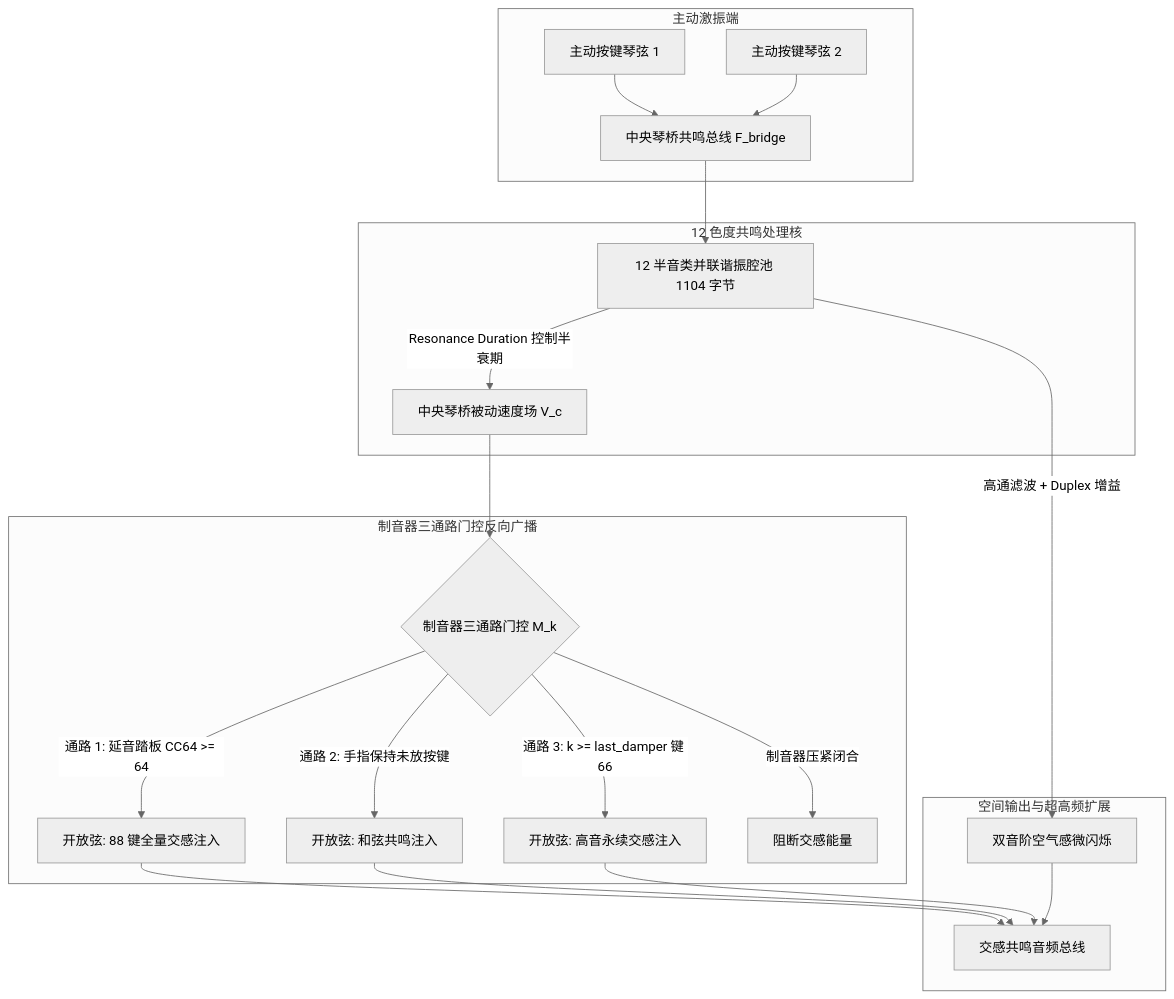
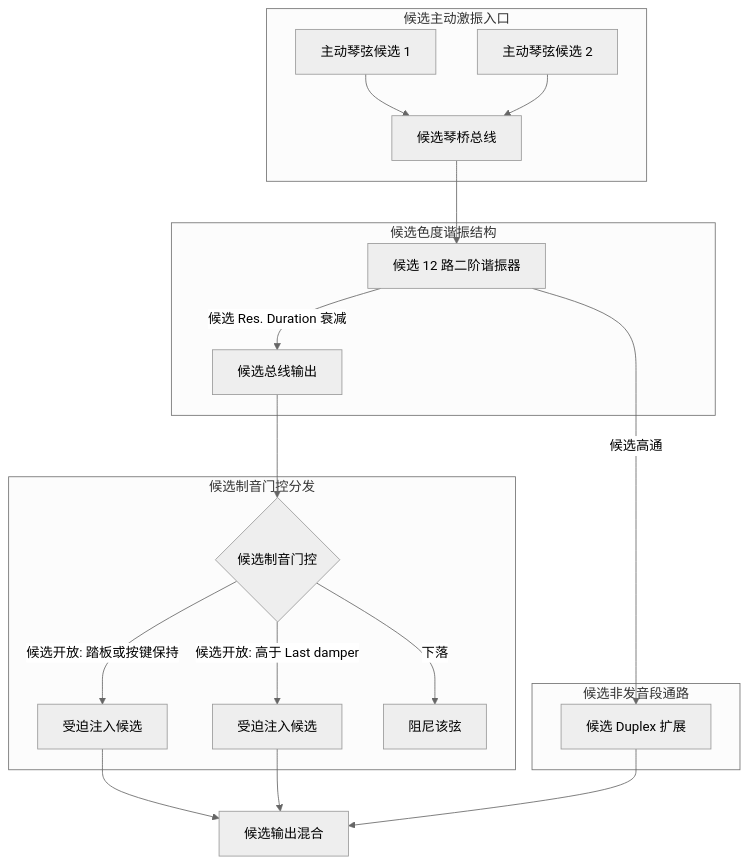
One commit to 0xnayuta/pianoteq9 changed the diagram in docs/phase4/phase4-3-sympathetic-system-spec.md. Above: the diagram before and after it, drawn with Mermaid (neutral theme). The commit also changed other lines of this file and 28 other files, not shown here.

````diff
--- a/docs/phase4/phase4-3-sympathetic-system-spec.md
+++ b/docs/phase4/phase4-3-sympathetic-system-spec.md
@@ -20,28 +53,26 @@
 ```mermaid
 flowchart TD
-    subgraph 主动激振端
-        S1[主动按键琴弦 1] --> B[中央琴桥共鸣总线 F_bridge]
-        S2[主动按键琴弦 2] --> B
+    subgraph "候选主动激振入口"
+        S1["主动琴弦候选 1"] --> B["候选琴桥总线"]
+        S2["主动琴弦候选 2"] --> B
     end
 
-    subgraph 12 色度共鸣处理核
-        B --> R[12 半音类并联谐振腔池 1104 字节]
-        R -->|Resonance Duration 控制半衰期| V[中央琴桥被动速度场 V_c]
+    subgraph "候选色度谐振结构"
+        B --> R["候选 12 路二阶谐振器"]
+        R -->|"候选 Res. Duration 衰减"| V["候选总线输出"]
     end
 
-    subgraph 制音器三通路门控反向广播
-        V --> G{制音器三通路门控 M_k}
-        G -->|通路 1: 延音踏板 CC64 >= 64| K1[开放弦: 88 键全量交感注入]
-        G -->|通路 2: 手指保持未放按键| K2[开放弦: 和弦共鸣注入]
-        G -->|通路 3: k >= last_damper 键 66| K3[开放弦: 高音永续交感注入]
-        G -->|制音器压紧闭合| D[阻断交感能量]
+    subgraph "候选制音门控分发"
+        V --> G{"候选制音门控"}
+        G -->|"候选开放: 踏板或按键保持"| K1["受迫注入候选"]
+        G -->|"候选开放: 高于 Last damper"| K3["受迫注入候选"]
+        G -->|"下落"| D["阻尼该弦"]
     end
 
-    subgraph 空间输出与超高频扩展
-        K1 --> OUT[交感共鸣音频总线]
-        K2 --> OUT
-        K3 --> OUT
-        R -->|高通滤波 + Duplex 增益| DUP[双音阶空气感微闪烁]
-        DUP --> OUT
+    subgraph "候选非发音段通路"
+        R -->|"候选高通"| DUP["候选 Duplex 扩展"]
     end
+    K1 --> OUT["候选输出混合"]
+    K3 --> OUT
+    DUP --> OUT
 ```
````
